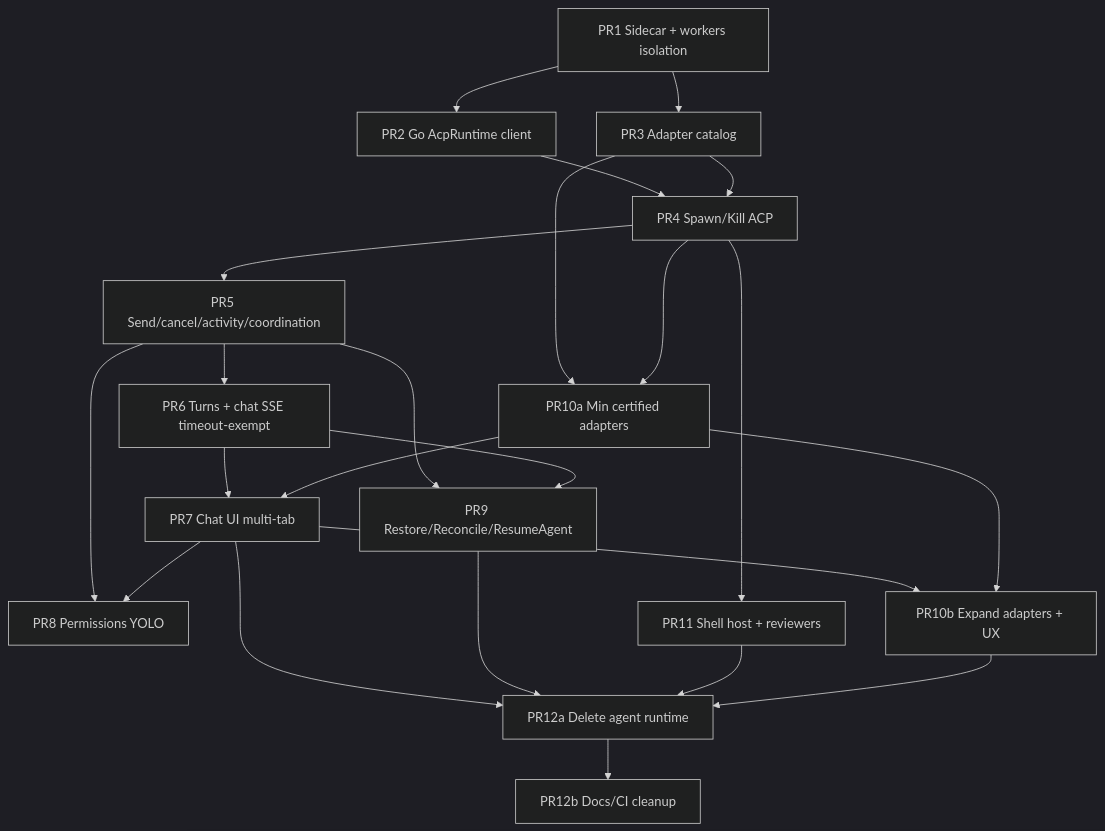
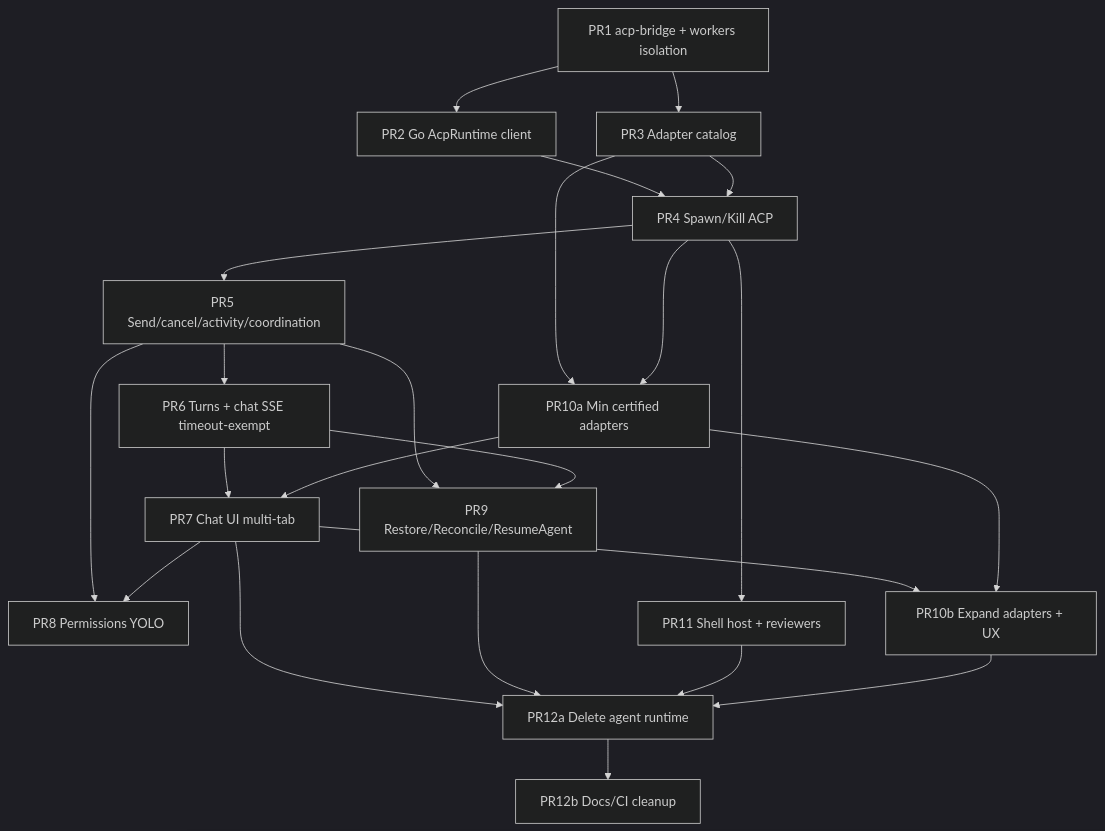
The eighth of 8 diagrams in docs/plans/acp-migration.md (AgentWrapper/agent-orchestrator), drawn with Mermaid (dark theme) before and after one commit. The commit also changed other lines of this file, not shown here.

First line of the commit message:
docs: add clean-room IP rules to ACP migration plan

````diff
--- a/docs/plans/acp-migration.md
+++ b/docs/plans/acp-migration.md
@@ -1030,39 +1100,39 @@
 ```mermaid
 flowchart TD
-  P1[PR1 Sidecar + workers isolation]
+  P1[PR1 acp-bridge + workers isolation]
   P2[PR2 Go AcpRuntime client]
   P3[PR3 Adapter catalog]
   P4[PR4 Spawn/Kill ACP]
   P5[PR5 Send/cancel/activity/coordination]
   P6[PR6 Turns + chat SSE timeout-exempt]
   P10a[PR10a Min certified adapters]
   P7[PR7 Chat UI multi-tab]
   P8[PR8 Permissions YOLO]
   P9[PR9 Restore/Reconcile/ResumeAgent]
   P10b[PR10b Expand adapters + UX]
   P11[PR11 Shell host + reviewers]
   P12a[PR12a Delete agent runtime]
   P12b[PR12b Docs/CI cleanup]
   P1 --> P2
   P1 --> P3
   P2 --> P4
   P3 --> P4
   P4 --> P5
   P5 --> P6
   P3 --> P10a
   P4 --> P10a
   P6 --> P7
   P10a --> P7
   P5 --> P8
   P7 --> P8
   P5 --> P9
   P6 --> P9
   P7 --> P10b
   P10a --> P10b
   P4 --> P11
   P7 --> P12a
   P9 --> P12a
   P11 --> P12a
   P10b --> P12a
   P12a --> P12b
 ```
````
